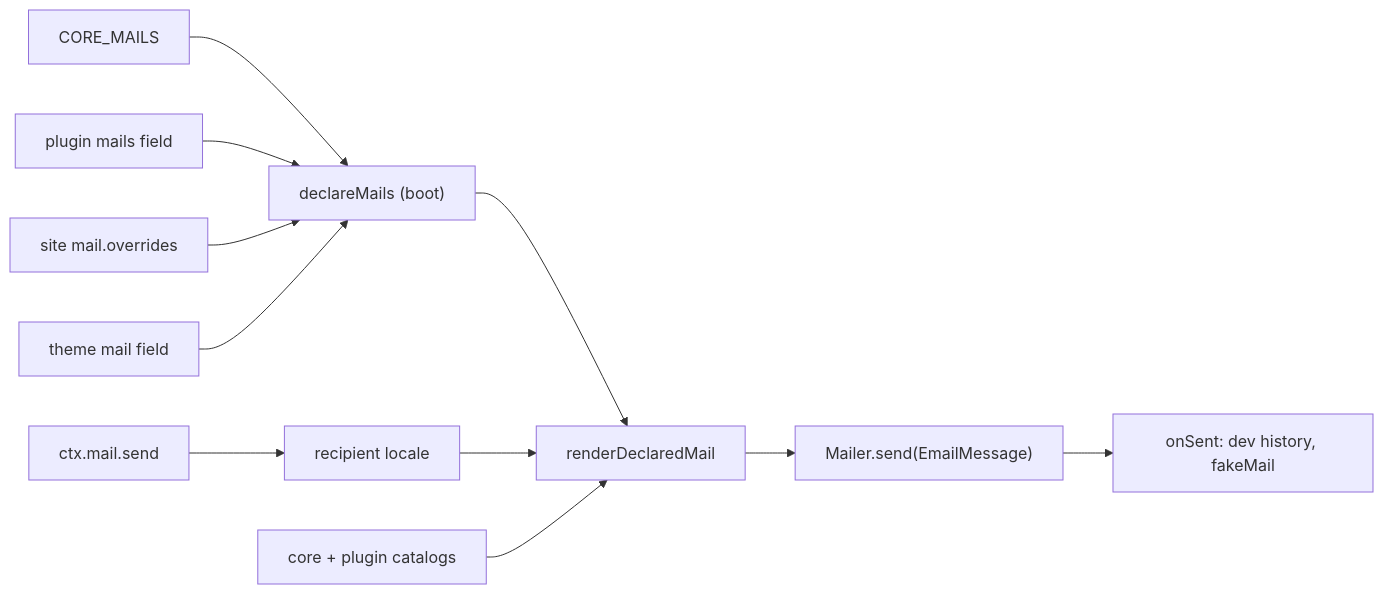
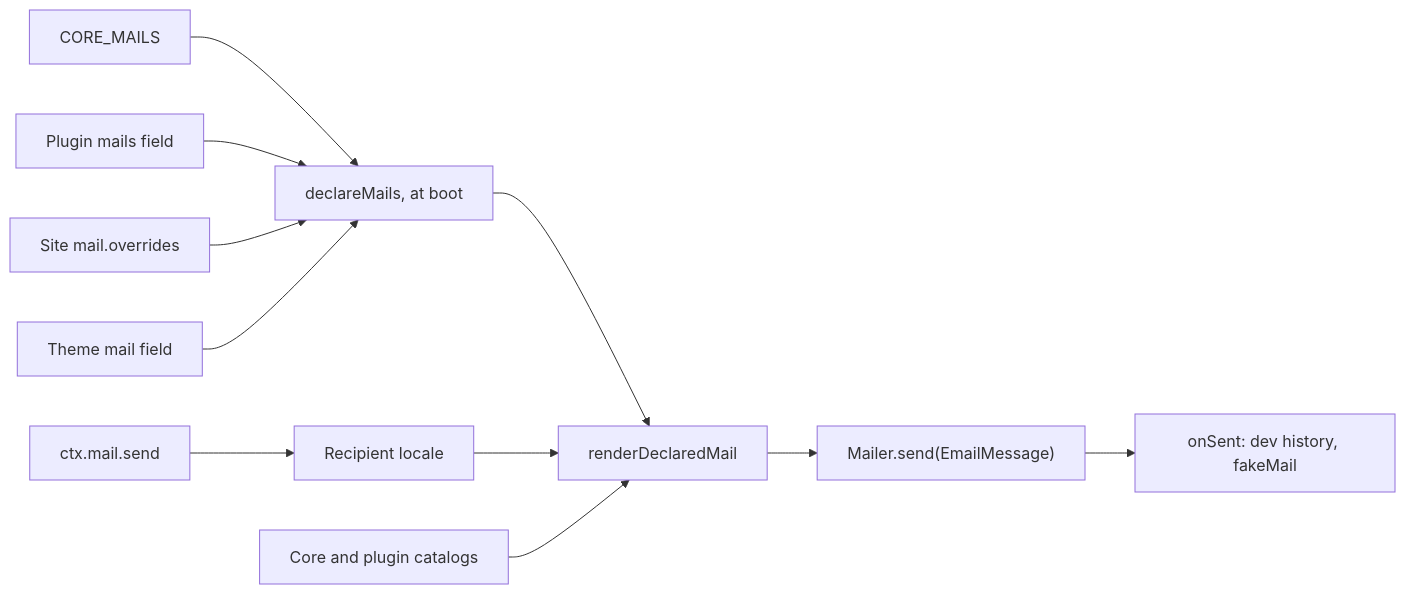
The diagram in docs/architecture/mail.md (withplumix/plumix), drawn with Mermaid before and after one commit. The commit also changed other lines of this file and 21 other files, not shown here.

````diff
--- a/docs/architecture/mail.md
+++ b/docs/architecture/mail.md
@@ -7,13 +7,13 @@
 ```mermaid
 flowchart LR
-  CORE["CORE_MAILS"] --> DECL["declareMails (boot)"]
-  PLUG["plugin mails field"] --> DECL
-  SITE["site mail.overrides"] --> DECL
-  THEME["theme mail field"] --> DECL
-  CALL["ctx.mail.send"] --> LOC["recipient locale"]
+  CORE["CORE_MAILS"] --> DECL["declareMails, at boot"]
+  PLUG["Plugin mails field"] --> DECL
+  SITE["Site mail.overrides"] --> DECL
+  THEME["Theme mail field"] --> DECL
+  CALL["ctx.mail.send"] --> LOC["Recipient locale"]
   DECL --> REN["renderDeclaredMail"]
   LOC --> REN
-  CAT["core + plugin catalogs"] --> REN
+  CAT["Core and plugin catalogs"] --> REN
   REN --> MAILER["Mailer.send(EmailMessage)"]
   MAILER --> SENT["onSent: dev history, fakeMail"]
 ```
````
